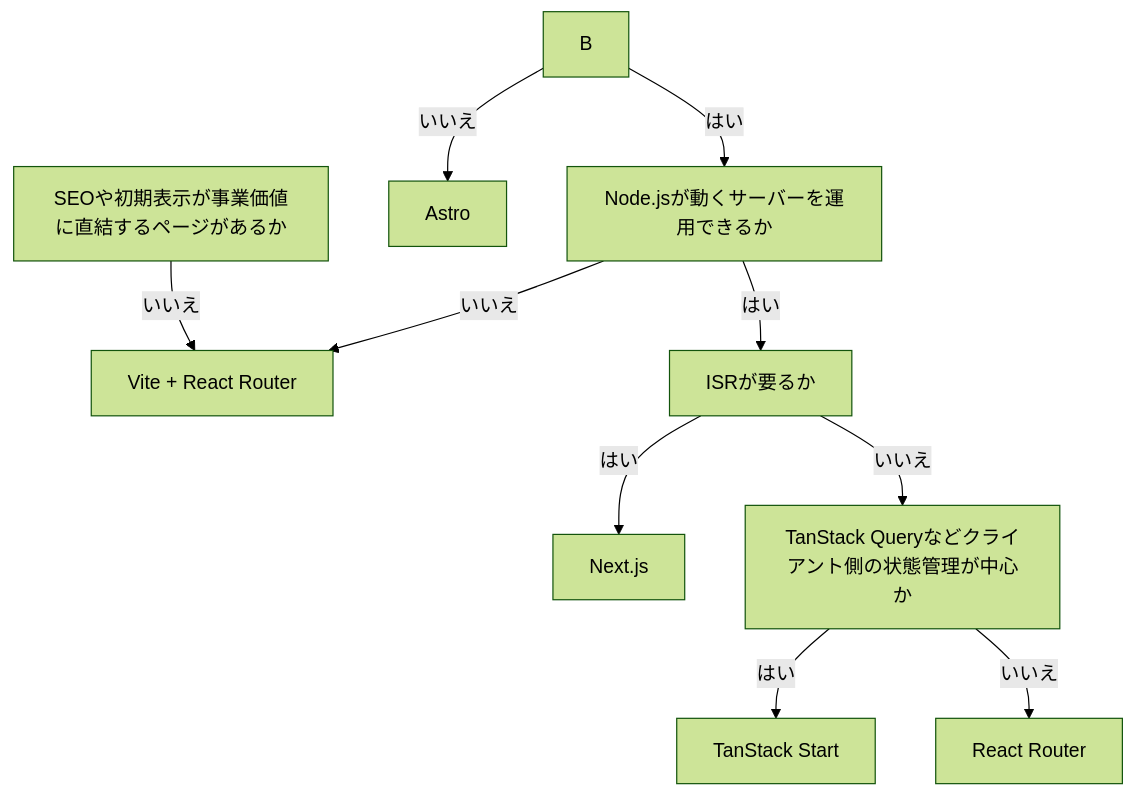
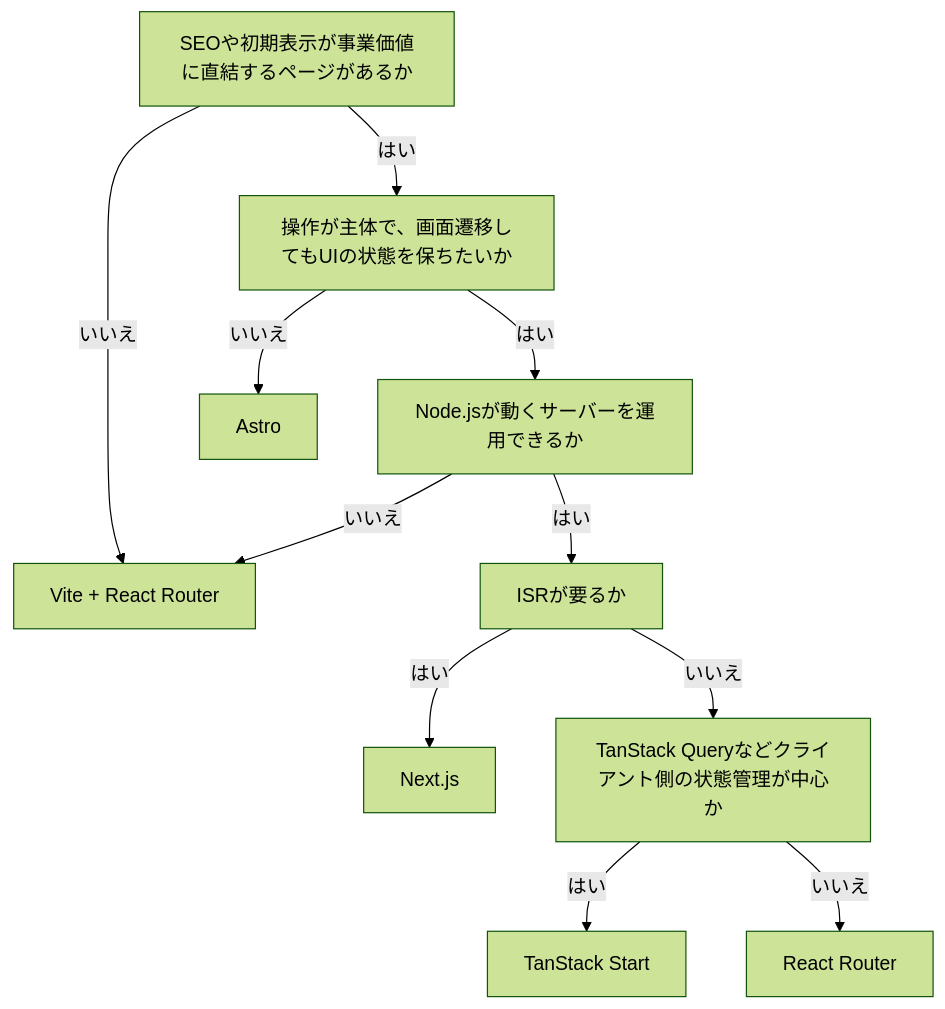
One commit to kato-yoshiharu/memos changed the diagram in memos/frontend/framework-selection.md. Above: the diagram before and after it, drawn with Mermaid (forest theme).

Commit message:
confirmed

````diff
--- a/memos/frontend/framework-selection.md
+++ b/memos/frontend/framework-selection.md
@@ -58,12 +58,13 @@
 ```mermaid
 flowchart TD
     A[SEOや初期表示が事業価値に直結するページがあるか] -->|いいえ| SPA[Vite + React Router]
+    A -->|はい| B[操作が主体で、画面遷移してもUIの状態を保ちたいか]
     B -->|いいえ| Astro[Astro]
     B -->|はい| C[Node.jsが動くサーバーを運用できるか]
     C -->|いいえ| SPA
     C -->|はい| D[ISRが要るか]
     D -->|はい| Next[Next.js]
     D -->|いいえ| E[TanStack Queryなどクライアント側の状態管理が中心か]
     E -->|はい| TSS[TanStack Start]
     E -->|いいえ| RR[React Router]
 ```
````
